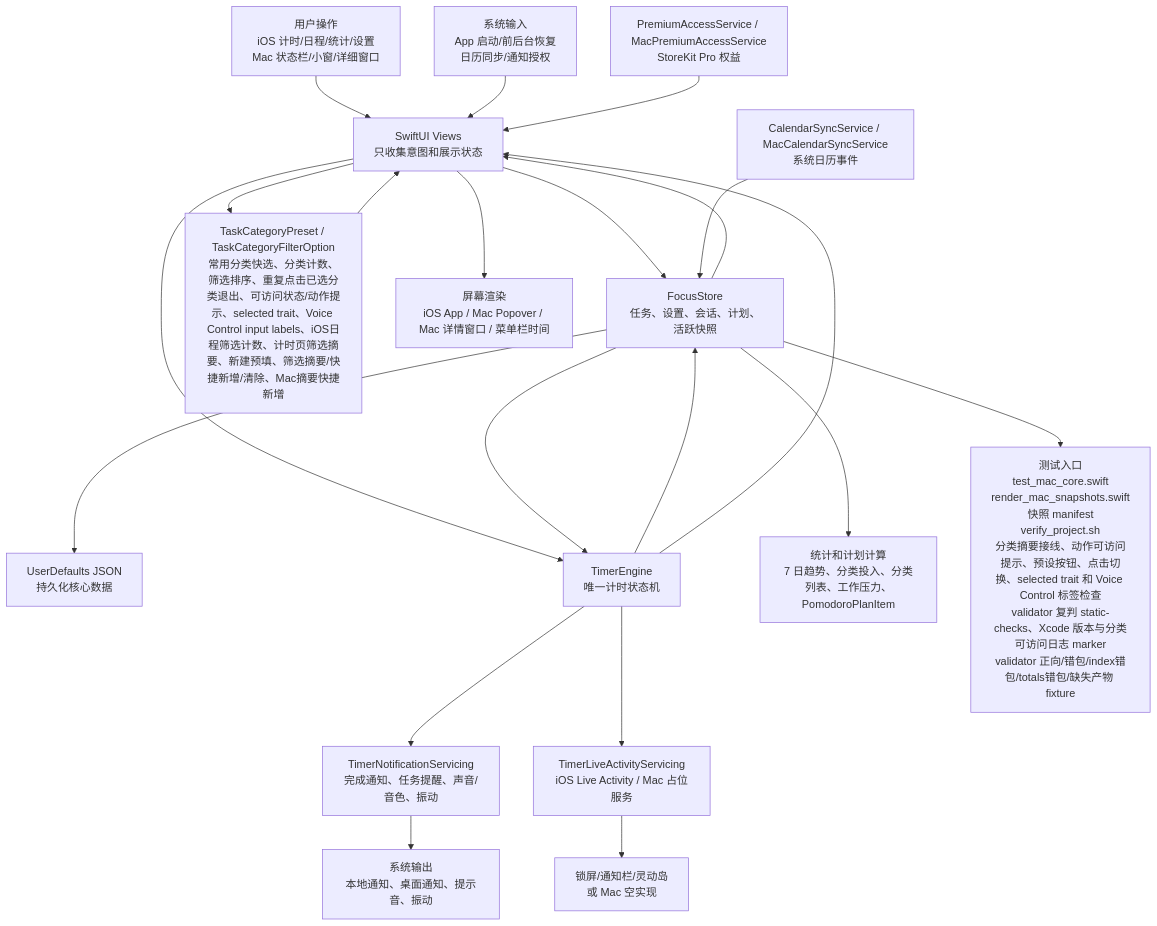
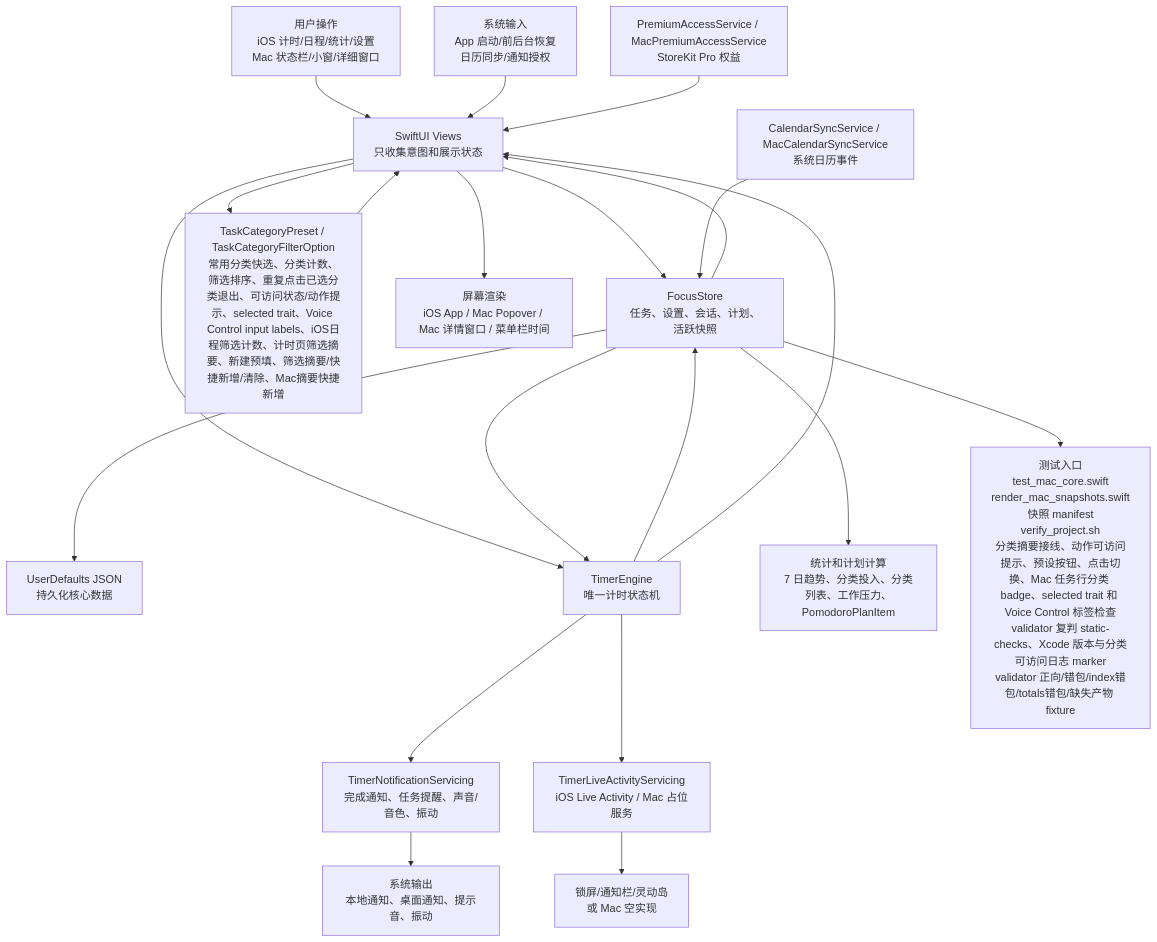
One commit to Altman-sam114/114 changed the first of 6 diagrams in md/flow/flowchart.md. Above: the diagram before and after it, drawn with Mermaid. The commit also changed 7 other files, not shown here.

Commit message:
v0.37: 增加 Mac 任务行分类 badge

````diff
--- a/md/flow/flowchart.md
+++ b/md/flow/flowchart.md
@@ -9,23 +9,23 @@
 ```mermaid
 flowchart TD
   U["用户操作<br/>iOS 计时/日程/统计/设置<br/>Mac 状态栏/小窗/详细窗口"] --> V["SwiftUI Views<br/>只收集意图和展示状态"]
   SYS["系统输入<br/>App 启动/前后台恢复<br/>日历同步/通知授权"] --> V
   V --> S["FocusStore<br/>任务、设置、会话、计划、活跃快照"]
   V --> CAT["TaskCategoryPreset / TaskCategoryFilterOption<br/>常用分类快选、分类计数、筛选排序、重复点击已选分类退出、可访问状态/动作提示、selected trait、Voice Control input labels、iOS日程筛选计数、计时页筛选摘要、新建预填、筛选摘要/快捷新增/清除、Mac摘要快捷新增"]
   CAT --> V
   S --> P["UserDefaults JSON<br/>持久化核心数据"]
   V --> E["TimerEngine<br/>唯一计时状态机"]
   S --> E
   E --> S
   E --> N["TimerNotificationServicing<br/>完成通知、任务提醒、声音/音色、振动"]
   E --> L["TimerLiveActivityServicing<br/>iOS Live Activity / Mac 占位服务"]
   S --> C["统计和计划计算<br/>7 日趋势、分类投入、分类列表、工作压力、PomodoroPlanItem"]
   CAL["CalendarSyncService / MacCalendarSyncService<br/>系统日历事件"] --> S
   PRO["PremiumAccessService / MacPremiumAccessService<br/>StoreKit Pro 权益"] --> V
   S --> V
   E --> V
   V --> OUT["屏幕渲染<br/>iOS App / Mac Popover / Mac 详情窗口 / 菜单栏时间"]
   N --> OUT2["系统输出<br/>本地通知、桌面通知、提示音、振动"]
   L --> OUT3["锁屏/通知栏/灵动岛<br/>或 Mac 空实现"]
-  S --> T["测试入口<br/>test_mac_core.swift<br/>render_mac_snapshots.swift<br/>快照 manifest<br/>verify_project.sh<br/>分类摘要接线、动作可访问提示、预设按钮、点击切换、selected trait 和 Voice Control 标签检查<br/>validator 复判 static-checks、Xcode 版本与分类可访问日志 marker<br/>validator 正向/错包/index错包/totals错包/缺失产物 fixture"]
+  S --> T["测试入口<br/>test_mac_core.swift<br/>render_mac_snapshots.swift<br/>快照 manifest<br/>verify_project.sh<br/>分类摘要接线、动作可访问提示、预设按钮、点击切换、Mac 任务行分类 badge、selected trait 和 Voice Control 标签检查<br/>validator 复判 static-checks、Xcode 版本与分类可访问日志 marker<br/>validator 正向/错包/index错包/totals错包/缺失产物 fixture"]
 ```
````
